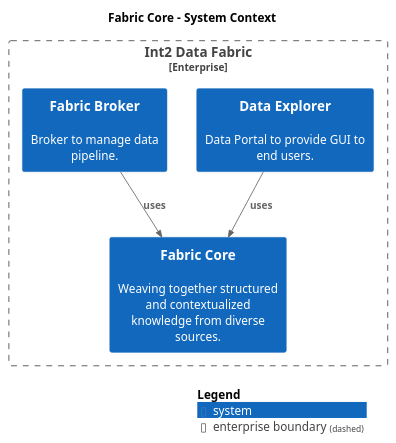
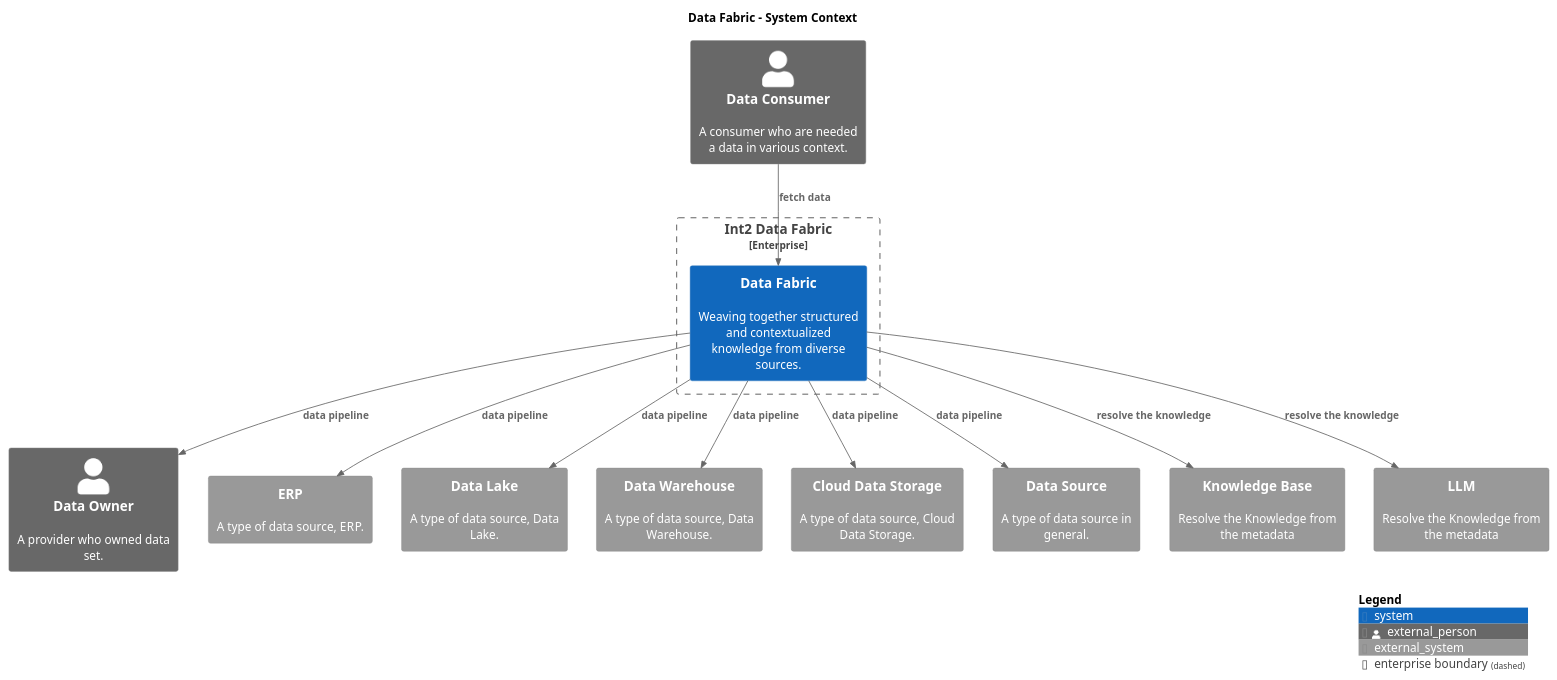
One commit to IntellectusCorp/data-fabric-docs changed the diagram in puml/SystemContext-SystemContext.puml. Above: the diagram before and after it, drawn with PlantUML. The commit also changed 92 other files, not shown here.

Commit message:
Deploying to gh-pages from @ IntellectusCorp/data-fabric-docs@2e48156498355eb80717b91fdec2f6a4c9dd9cd4 🚀

```diff
--- a/puml/SystemContext-SystemContext.puml
+++ b/puml/SystemContext-SystemContext.puml
@@ -1,23 +1,37 @@
 @startuml
 set separator none
-title Fabric Core - System Context
+title Data Fabric - System Context
 
 top to bottom direction
 
 !include <C4/C4>
 !include <C4/C4_Context>
 
 skinparam svgDimensionStyle false
 skinparam preserveAspectRatio meet
 Enterprise_Boundary(enterprise, "Int2 Data Fabric") {
-  System(DataExplorer, "Data Explorer", "Data Portal to provide GUI to end users.", $tags="")[[../../data-explorer/context/]]
-  System(FabricBroker, "Fabric Broker", "Broker to manage data pipeline.", $tags="")[[../../fabric-broker/context/]]
-  System(FabricCore, "Fabric Core", "Weaving together structured and contextualized knowledge from diverse sources.", $tags="")[[../container/]]
+  System(DataFabric, "Data Fabric", "Weaving together structured and contextualized knowledge from diverse sources.", $tags="")[[../container/]]
 }
 
+Person_Ext(DataConsumer, "Data Consumer", "A consumer who are needed a data in various context.", $tags="")
+Person_Ext(DataOwner, "Data Owner", "A provider who owned data set.", $tags="")
+System_Ext(ERP, "ERP", "A type of data source, ERP.", $tags="")
+System_Ext(DataLake, "Data Lake", "A type of data source, Data Lake.", $tags="")
+System_Ext(DataWarehouse, "Data Warehouse", "A type of data source, Data Warehouse.", $tags="")
+System_Ext(CloudDataStorage, "Cloud Data Storage", "A type of data source, Cloud Data Storage.", $tags="")
+System_Ext(DataSource, "Data Source", "A type of data source in general.", $tags="")
+System_Ext(KnowledgeBase, "Knowledge Base", "Resolve the Knowledge from the metadata", $tags="")
+System_Ext(LLM, "LLM", "Resolve the Knowledge from the metadata", $tags="")
 
-Rel_D(DataExplorer, FabricCore, "uses", $tags="")
-Rel_D(FabricBroker, FabricCore, "uses", $tags="")
+Rel_D(DataConsumer, DataFabric, "fetch data", $tags="")
+Rel_D(DataFabric, KnowledgeBase, "resolve the knowledge", $tags="")
+Rel_D(DataFabric, LLM, "resolve the knowledge", $tags="")
+Rel_D(DataFabric, DataOwner, "data pipeline", $tags="")
+Rel_D(DataFabric, ERP, "data pipeline", $tags="")
+Rel_D(DataFabric, DataLake, "data pipeline", $tags="")
+Rel_D(DataFabric, DataWarehouse, "data pipeline", $tags="")
+Rel_D(DataFabric, CloudDataStorage, "data pipeline", $tags="")
+Rel_D(DataFabric, DataSource, "data pipeline", $tags="")
 
 SHOW_LEGEND(true)
 @enduml
```
